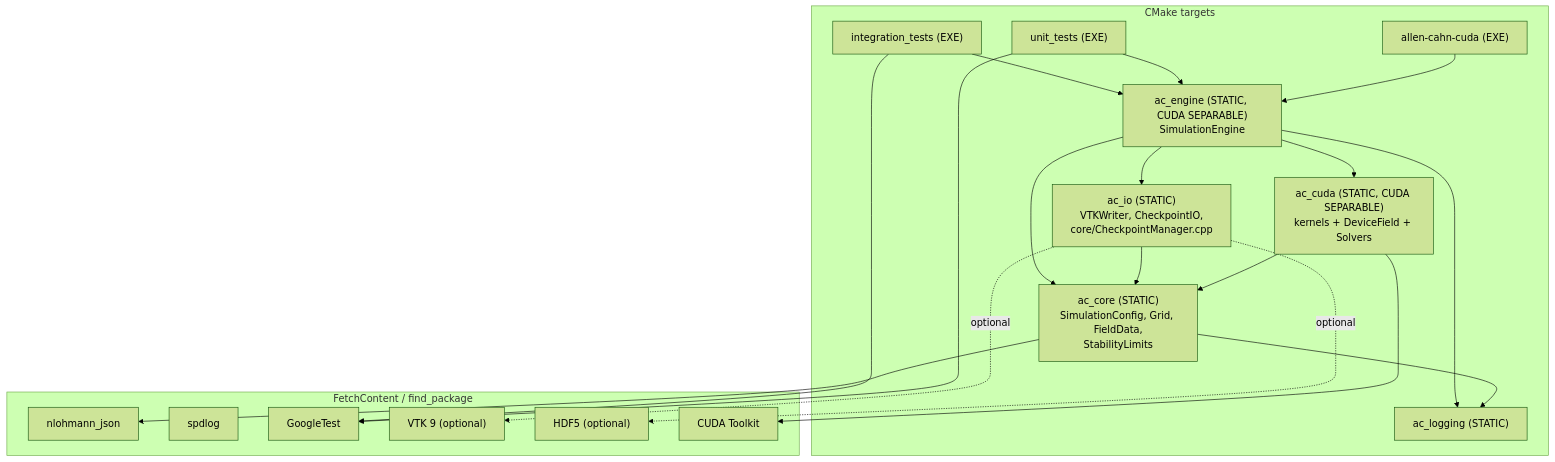
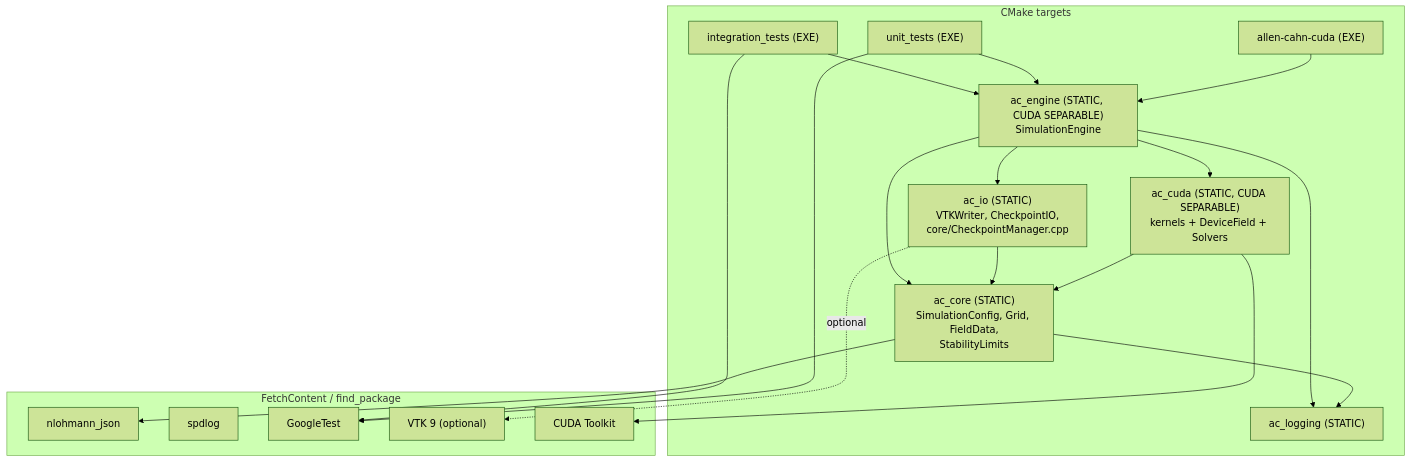
The seventh of 7 diagrams in docs/DESIGN.md (myousefi2016/Allen-Cahn-CUDA), drawn with Mermaid (forest theme) before and after one commit. The commit also changed 11 other files, not shown here.

````diff
--- a/docs/DESIGN.md
+++ b/docs/DESIGN.md
@@ -783,38 +783,36 @@
 ```mermaid
 graph TB
     subgraph Targets["CMake targets"]
         L["ac_logging (STATIC)"]
         C["ac_core (STATIC)<br/>SimulationConfig, Grid, FieldData,<br/>StabilityLimits"]
         Cu["ac_cuda (STATIC, CUDA SEPARABLE)<br/>kernels + DeviceField + Solvers"]
         I["ac_io (STATIC)<br/>VTKWriter, CheckpointIO,<br/>core/CheckpointManager.cpp"]
         E["ac_engine (STATIC, CUDA SEPARABLE)<br/>SimulationEngine"]
         X["allen-cahn-cuda (EXE)"]
         U["unit_tests (EXE)"]
         T["integration_tests (EXE)"]
     end
     subgraph External["FetchContent / find_package"]
         J["nlohmann_json"]
         S["spdlog"]
         G["GoogleTest"]
         V["VTK 9 (optional)"]
-        H["HDF5 (optional)"]
         Cuda["CUDA Toolkit"]
     end
 
     C --> L
     C --> J
     Cu --> C
     Cu --> Cuda
     I --> C
     I -.optional.-> V
-    I -.optional.-> H
     E --> C
     E --> Cu
     E --> I
     E --> L
     X --> E
     U --> G
     U --> E
     T --> G
     T --> E
 ```
````
